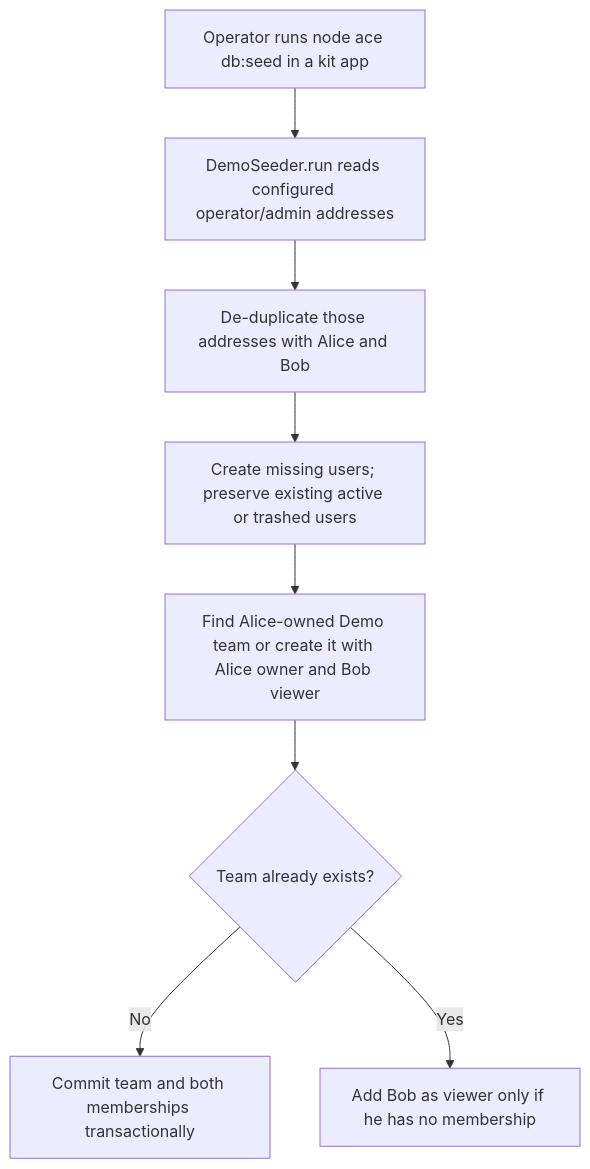
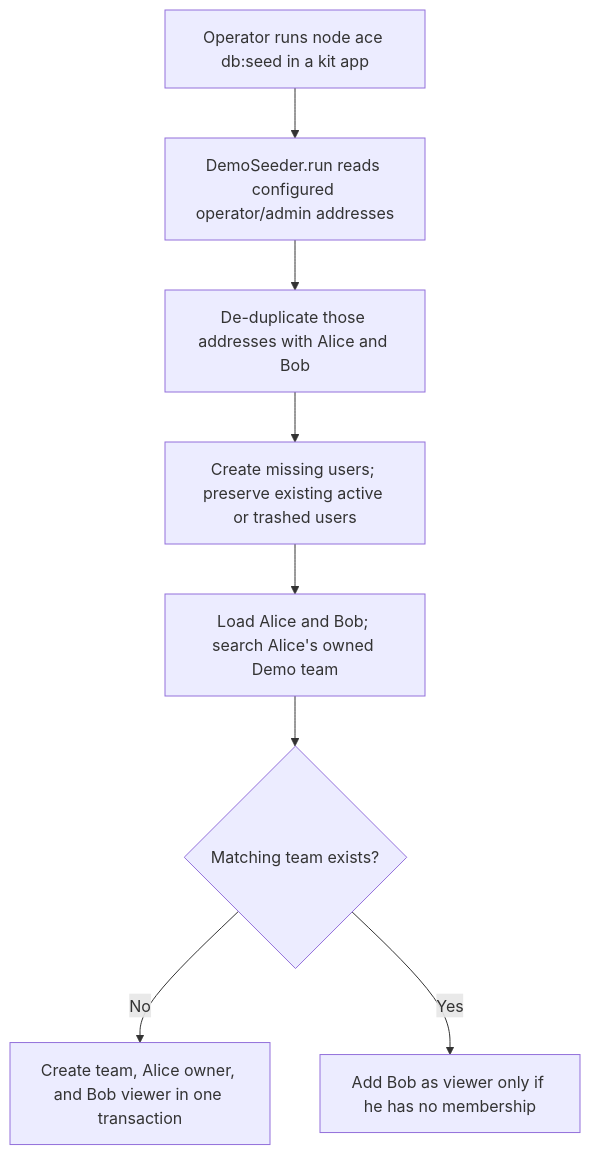
One commit to Kevinjohn/oss-adonisjs-starter-examples changed the first of 2 diagrams in user-stories/demo/us-demo-01-seed-demo-data.md. Above: the diagram before and after it, drawn with Mermaid. The commit also changed 5 other files, not shown here.

````diff
--- a/user-stories/demo/us-demo-01-seed-demo-data.md
+++ b/user-stories/demo/us-demo-01-seed-demo-data.md
@@ -22,10 +22,10 @@
 ```mermaid
 flowchart TD
     A["Operator runs node ace db:seed in a kit app"] --> B["DemoSeeder.run reads configured operator/admin addresses"]
     B --> C["De-duplicate those addresses with Alice and Bob"]
     C --> D["Create missing users; preserve existing active or trashed users"]
-    D --> E["Find Alice-owned Demo team or create it with Alice owner and Bob viewer"]
-    E --> F{"Team already exists?"}
-    F -->|No| G["Commit team and both memberships transactionally"]
+    D --> E["Load Alice and Bob; search Alice's owned Demo team"]
+    E --> F{"Matching team exists?"}
+    F -->|No| G["Create team, Alice owner, and Bob viewer in one transaction"]
     F -->|Yes| H["Add Bob as viewer only if he has no membership"]
 ```
````
